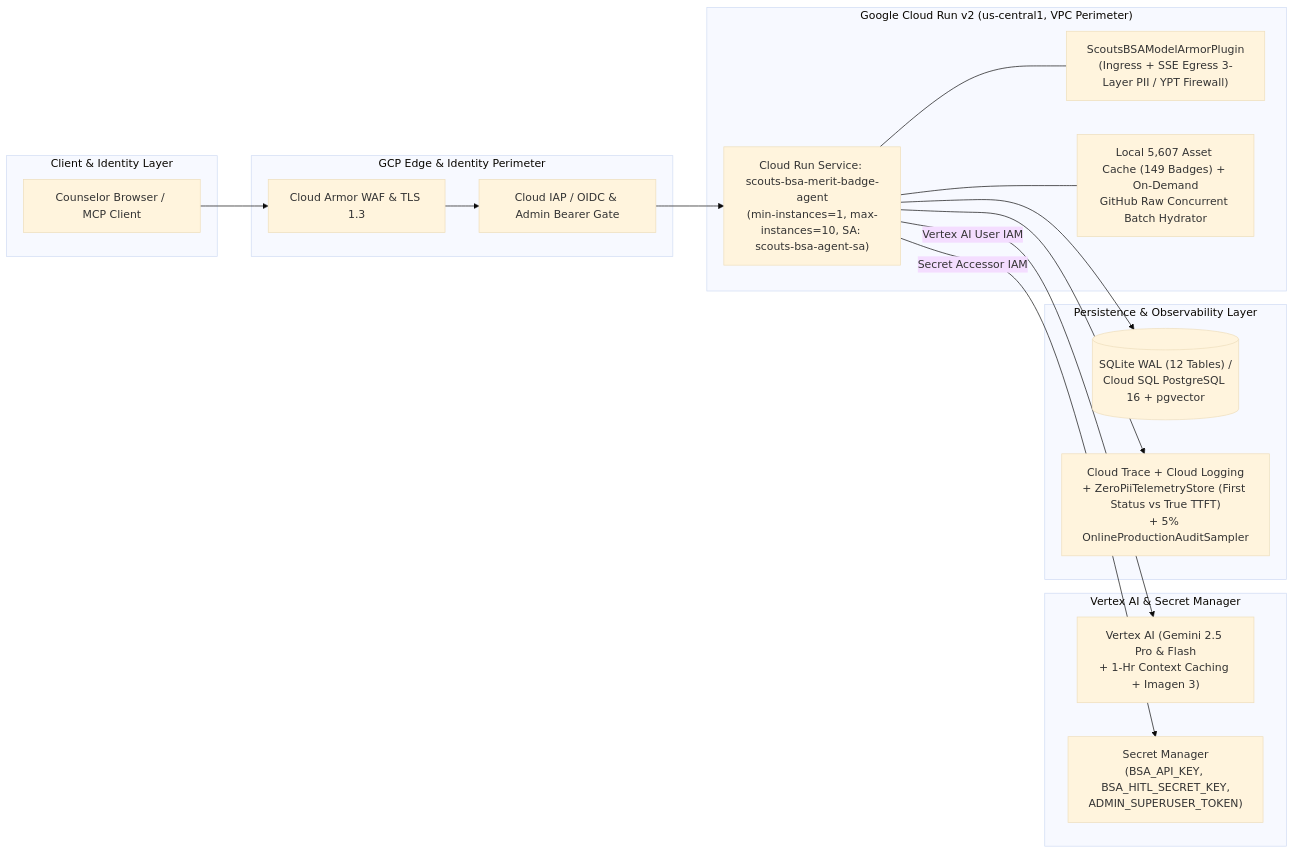
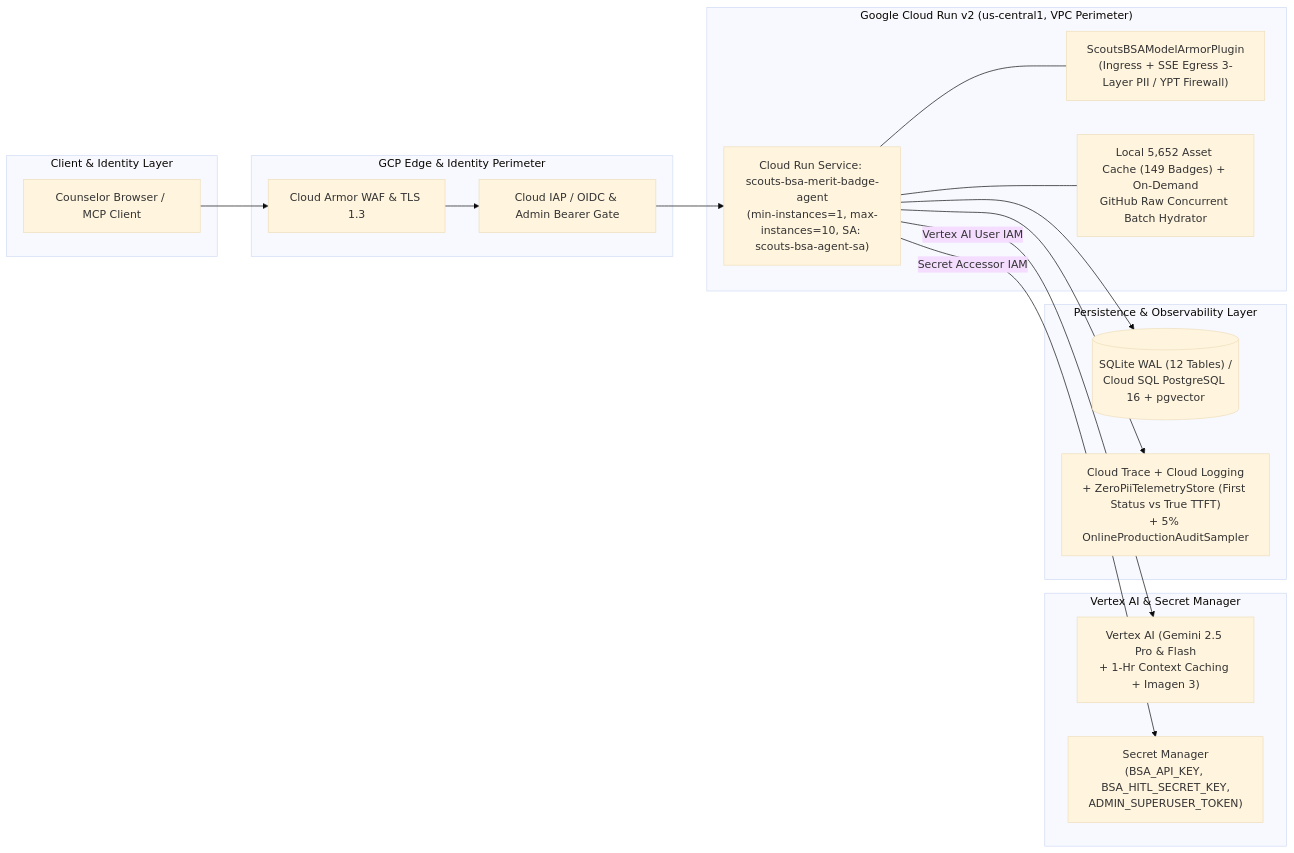
Before and after one commit to clayberg/scouts-bsa-merit-badge-agent: the second of 2 diagrams in docs/ARCHITECTURE.md, drawn with Mermaid (base theme). The commit also changed other lines of this file and 877 other files, not shown here.

````diff
--- a/docs/ARCHITECTURE.md
+++ b/docs/ARCHITECTURE.md
@@ -45,35 +45,35 @@
 ```mermaid
 flowchart LR
     subgraph External["Client & Identity Layer"]
         Browser["Counselor Browser / MCP Client"]
     end
 
     subgraph Edge["GCP Edge & Identity Perimeter"]
         ArmorWAF["Cloud Armor WAF & TLS 1.3"]
         IAP["Cloud IAP / OIDC & Admin Bearer Gate"]
         Browser --> ArmorWAF --> IAP
     end
 
     subgraph Compute["Google Cloud Run v2 (us-central1, VPC Perimeter)"]
         CloudRun["Cloud Run Service: scouts-bsa-merit-badge-agent\n(min-instances=1, max-instances=10, SA: scouts-bsa-agent-sa)"]
         ModelArmor["ScoutsBSAModelArmorPlugin\n(Ingress + SSE Egress 3-Layer PII / YPT Firewall)"]
-        Hydrator["Local 5,607 Asset Cache (149 Badges) + On-Demand\nGitHub Raw Concurrent Batch Hydrator"]
+        Hydrator["Local 5,652 Asset Cache (149 Badges) + On-Demand\nGitHub Raw Concurrent Batch Hydrator"]
         IAP --> CloudRun
         CloudRun --- ModelArmor
         CloudRun --- Hydrator
     end
 
     subgraph AI_And_Secrets["Vertex AI & Secret Manager"]
         VertexAI["Vertex AI (Gemini 2.5 Pro & Flash\n+ 1-Hr Context Caching + Imagen 3)"]
         SecretMgr["Secret Manager\n(BSA_API_KEY, BSA_HITL_SECRET_KEY,\nADMIN_SUPERUSER_TOKEN)"]
         CloudRun -->|"Vertex AI User IAM"| VertexAI
         CloudRun -->|"Secret Accessor IAM"| SecretMgr
     end
 
     subgraph Persistence_And_Ops["Persistence & Observability Layer"]
         StateDB[("SQLite WAL (12 Tables) /\nCloud SQL PostgreSQL 16 + pgvector")]
         Telemetry["Cloud Trace + Cloud Logging\n+ ZeroPiiTelemetryStore (First Status vs True TTFT)\n+ 5% OnlineProductionAuditSampler"]
         CloudRun --> StateDB
         CloudRun --> Telemetry
     end
 ```
````
